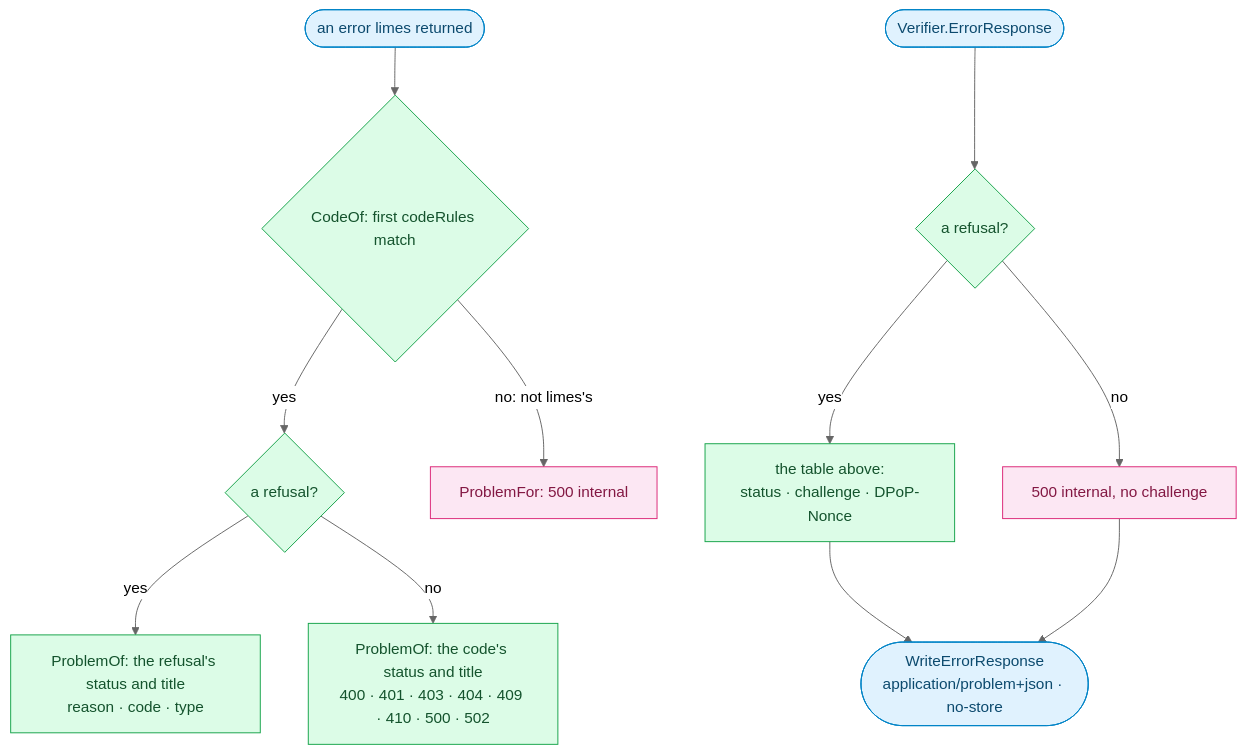
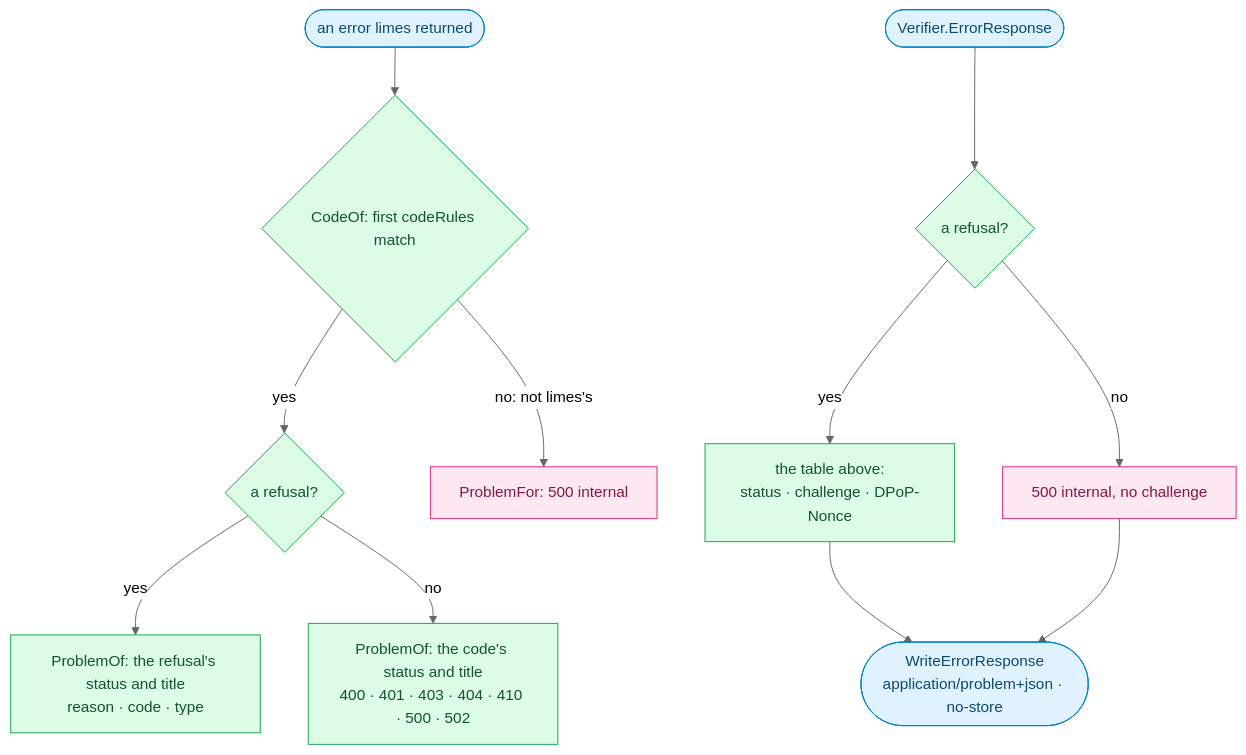
One commit to oleg-tkachuk/limes changed the sixth of 16 diagrams in docs/diagrams.md. Above: the diagram before and after it, drawn with Mermaid (neutral theme). The commit also changed other lines of this file, not shown here.

Commit message:
docs(diagrams): route a malformed block list to ErrInvalidToken

````diff
--- a/docs/diagrams.md
+++ b/docs/diagrams.md
@@ -521,30 +521,30 @@
 ```mermaid
 flowchart TB
     err(["an error limes returned"])
     cr{"CodeOf: first codeRules match"}
     rr{"a refusal?"}
     pRef["ProblemOf: the refusal's status and title<br/>reason · code · type"]
-    pCode["ProblemOf: the code's status and title<br/>400 · 401 · 403 · 404 · 409 · 410 · 500 · 502"]
+    pCode["ProblemOf: the code's status and title<br/>400 · 401 · 403 · 404 · 410 · 500 · 502"]
     pInt["ProblemFor: 500 internal"]
     er(["Verifier.ErrorResponse"])
     rr2{"a refusal?"}
     resp["the table above:<br/>status · challenge · DPoP-Nonce"]
     i500["500 internal, no challenge"]
     out(["WriteErrorResponse<br/>application/problem+json · no-store"])
 
     err --> cr -- yes --> rr
     cr -- "no: not limes's" --> pInt
     rr -- yes --> pRef
     rr -- no --> pCode
     er --> rr2 -- yes --> resp --> out
     rr2 -- no --> i500 --> out
 
     classDef client fill:#E0F2FE,stroke:#0284C7,color:#0C4A6E
     classDef role fill:#DCFCE7,stroke:#16A34A,color:#14532D
     classDef optional fill:#F1F5F9,stroke:#64748B,color:#334155,stroke-dasharray:5 4
     classDef store fill:#FEF3C7,stroke:#D97706,color:#78350F
     classDef external fill:#FCE7F3,stroke:#DB2777,color:#831843
     class err,er,out client
     class cr,rr,pRef,pCode,rr2,resp role
     class pInt,i500 external
 ```
````
